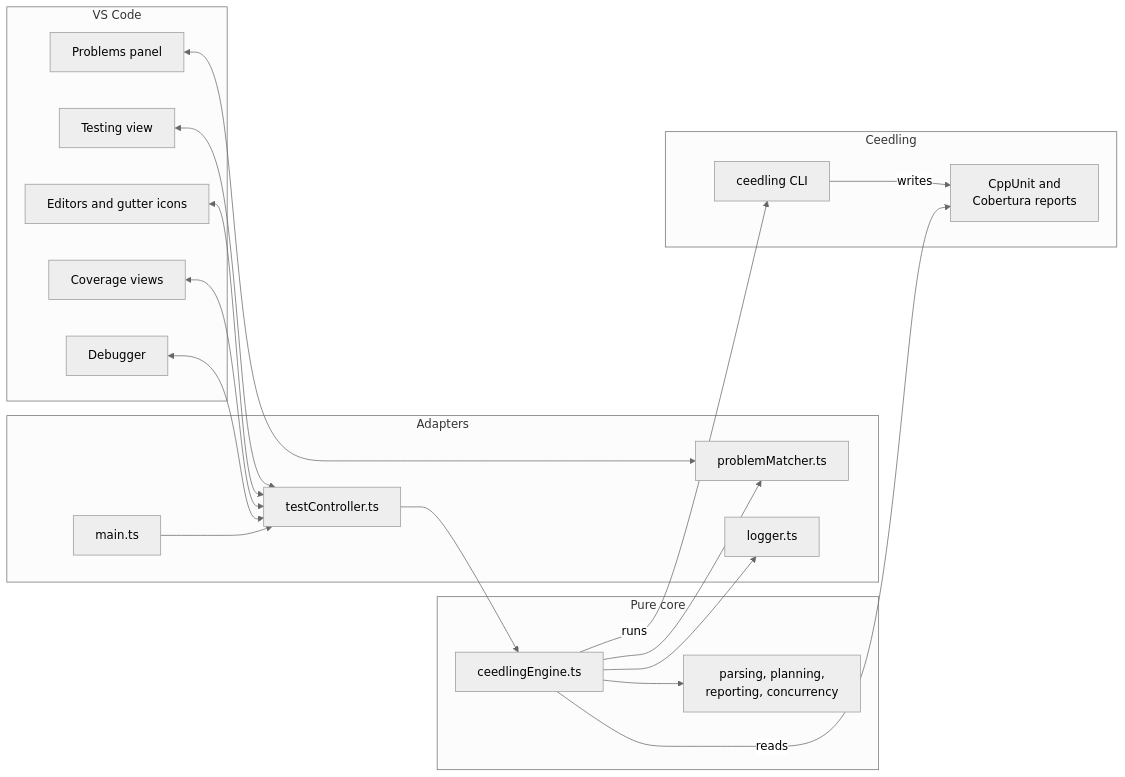
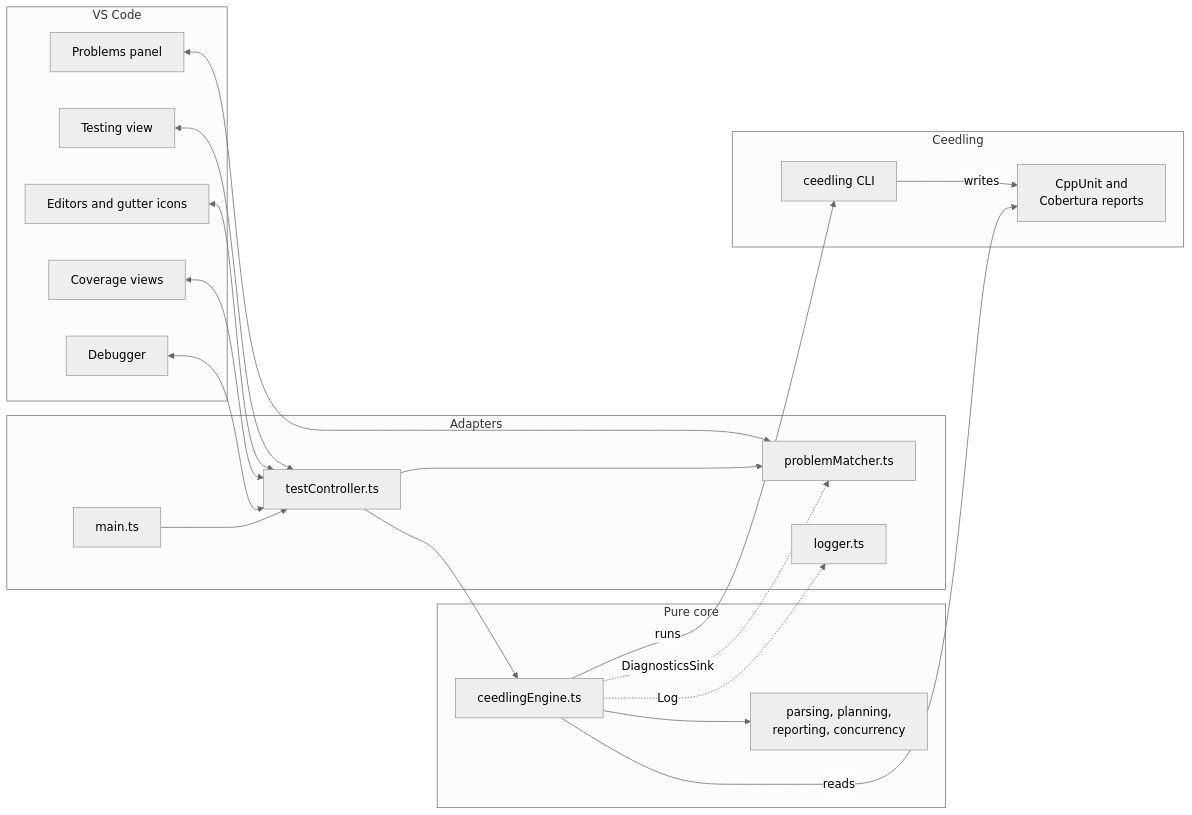
Before and after one commit to ThrowTheSwitch/vscode-ceedling: the first of 4 diagrams in docs/Architecture.md, drawn with Mermaid (neutral theme). The commit also changed other lines of this file and 3 other files, not shown here.

````diff
--- a/docs/Architecture.md
+++ b/docs/Architecture.md
@@ -11,34 +11,35 @@
 ```mermaid
 flowchart LR
     subgraph VSC["VS Code"]
         TV[Testing view]
         ED[Editors and gutter icons]
         PP[Problems panel]
         CV[Coverage views]
         DB[Debugger]
     end
     subgraph AD["Adapters"]
         M[main.ts]
         TC[testController.ts]
         PM[problemMatcher.ts]
         LG[logger.ts]
     end
     subgraph CORE["Pure core"]
         EN[ceedlingEngine.ts]
         MOD[parsing, planning,<br/>reporting, concurrency]
     end
     subgraph CEED["Ceedling"]
         CLI[ceedling CLI]
         RPT[CppUnit and<br/>Cobertura reports]
     end
     TV & ED & CV & DB <--> TC
     PP <--> PM
     M --> TC
     TC --> EN
-    EN --> PM
-    EN --> LG
+    TC --> PM
+    EN -. DiagnosticsSink .-> PM
+    EN -. Log .-> LG
     EN --> MOD
     EN -- runs --> CLI
     CLI -- writes --> RPT
     EN -- reads --> RPT
 ```
````
